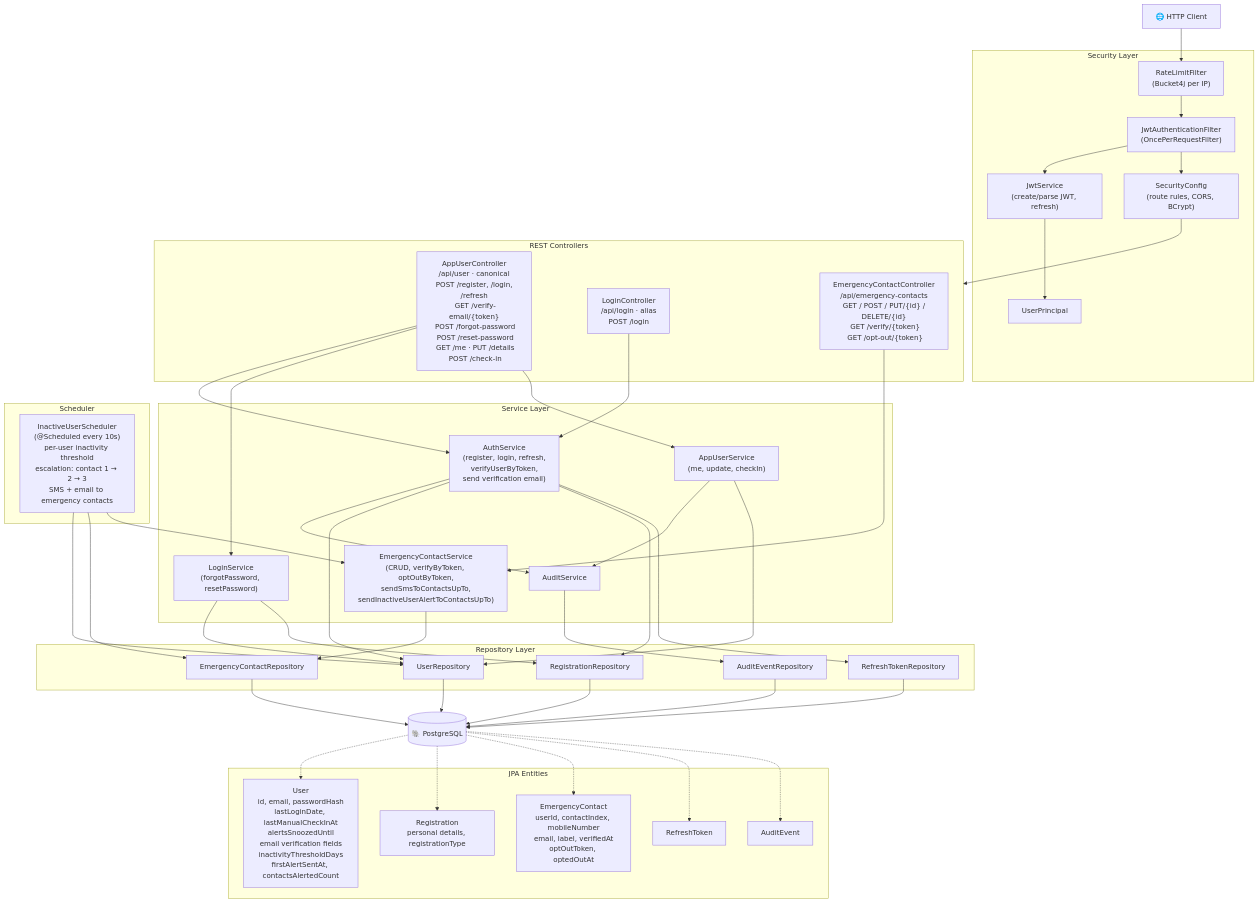
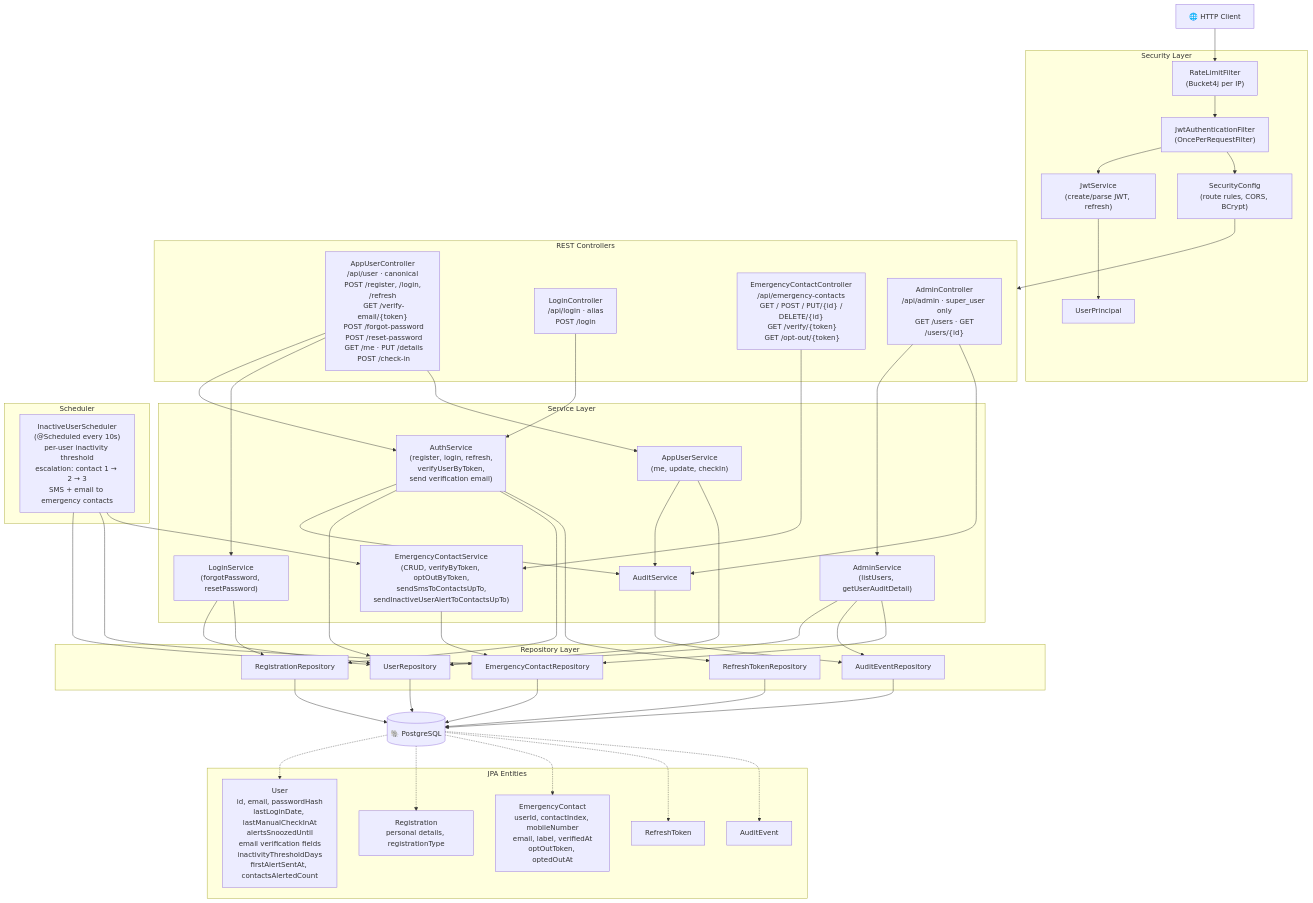
Before and after one commit to hariVitalleads/areyoudead: the first of 2 diagrams in ARCHITECTURE.md, drawn with Mermaid. The commit also changed other lines of this file and 16 other files, not shown here.

```diff
--- a/ARCHITECTURE.md
+++ b/ARCHITECTURE.md
@@ -35,12 +36,14 @@
         UC["AppUserController\n/api/user · canonical\n POST /register, /login, /refresh\n GET /verify-email/{token}\n POST /forgot-password\n POST /reset-password\n GET /me · PUT /details\n POST /check-in"]
         LC["LoginController\n/api/login · alias\n POST /login"]
         EC["EmergencyContactController\n/api/emergency-contacts\n GET / POST / PUT/{id} / DELETE/{id}\n GET /verify/{token}\n GET /opt-out/{token}"]
+        AC["AdminController\n/api/admin · super_user only\n GET /users · GET /users/{id}"]
     end
 
     subgraph Services["Service Layer"]
         AuthSvc["AuthService\n(register, login, refresh,\nverifyUserByToken,\nsend verification email)"]
         LoginSvc["LoginService\n(forgotPassword, resetPassword)"]
         AppUserSvc["AppUserService\n(me, update, checkIn)"]
+        AdminSvc["AdminService\n(listUsers, getUserAuditDetail)"]
         EmgSvc["EmergencyContactService\n(CRUD, verifyByToken, optOutByToken,\nsendSmsToContactsUpTo,\nsendInactiveUserAlertToContactsUpTo)"]
         AuditSvc["AuditService"]
     end
@@ -78,6 +81,8 @@
     UC --> LoginSvc
     UC --> AppUserSvc
     LC --> AuthSvc
+    AC --> AdminSvc
+    AC --> AuditSvc
     EC --> EmgSvc
 
     AuthSvc --> AuditSvc
@@ -87,6 +92,9 @@
     AuthSvc --> RegR
     AuthSvc --> RefreshR
     AppUserSvc --> UR
+    AdminSvc --> UR
+    AdminSvc --> AuditR
+    AdminSvc --> ECR
     LoginSvc --> UR
     LoginSvc --> RegR
     EmgSvc --> ECR
```
